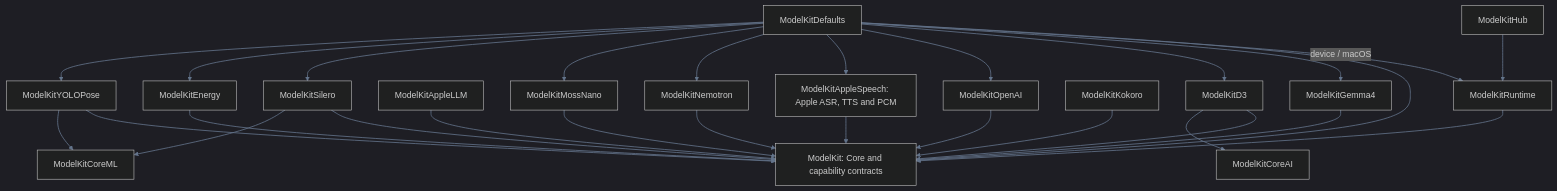
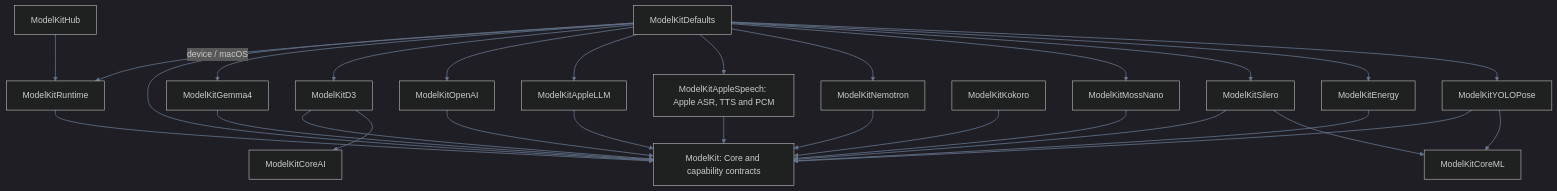
Before and after one commit to devilyouwei/MobileHarness: the third of 3 diagrams in MobileHarness/ModelKit/README.md, drawn with Mermaid (dark theme). The commit also changed other lines of this file and 81 other files, not shown here.

````diff
--- a/MobileHarness/ModelKit/README.md
+++ b/MobileHarness/ModelKit/README.md
@@ -62,48 +62,49 @@
 ```mermaid
 flowchart TD
  ModelKitDefaults[ModelKitDefaults]
  ModelKitRuntime[ModelKitRuntime]
  ModelKitHub[ModelKitHub]
  ModelKit[ModelKit: Core and capability contracts]
  ModelKitCoreAI[ModelKitCoreAI]
  ModelKitD3[ModelKitD3]
  ModelKitCoreML[ModelKitCoreML]
  ModelKitGemma4[ModelKitGemma4]
  ModelKitAppleLLM[ModelKitAppleLLM]
  ModelKitOpenAI[ModelKitOpenAI]
  ModelKitAppleSpeech[ModelKitAppleSpeech: Apple ASR, TTS and PCM]
  ModelKitNemotron[ModelKitNemotron]
  ModelKitMossNano[ModelKitMossNano]
  ModelKitKokoro[ModelKitKokoro]
  ModelKitSilero[ModelKitSilero]
  ModelKitEnergy[ModelKitEnergy]
  ModelKitYOLOPose[ModelKitYOLOPose]
  ModelKitDefaults --> ModelKit
  ModelKitDefaults --> ModelKitRuntime
  ModelKitDefaults -->|device / macOS| ModelKitGemma4
  ModelKitDefaults --> ModelKitD3
  ModelKitDefaults --> ModelKitOpenAI
+ ModelKitDefaults --> ModelKitAppleLLM
  ModelKitDefaults --> ModelKitAppleSpeech
  ModelKitDefaults --> ModelKitNemotron
  ModelKitDefaults --> ModelKitMossNano
  ModelKitDefaults --> ModelKitSilero
  ModelKitDefaults --> ModelKitEnergy
  ModelKitDefaults --> ModelKitYOLOPose
  ModelKitRuntime --> ModelKit
  ModelKitHub --> ModelKitRuntime
  ModelKitGemma4 --> ModelKit
  ModelKitD3 --> ModelKit
  ModelKitD3 --> ModelKitCoreAI
  ModelKitAppleLLM --> ModelKit
  ModelKitOpenAI --> ModelKit
  ModelKitAppleSpeech --> ModelKit
  ModelKitNemotron --> ModelKit
  ModelKitMossNano --> ModelKit
  ModelKitKokoro --> ModelKit
  ModelKitSilero --> ModelKit
  ModelKitSilero --> ModelKitCoreML
  ModelKitEnergy --> ModelKit
  ModelKitYOLOPose --> ModelKit
  ModelKitYOLOPose --> ModelKitCoreML
     linkStyle default stroke:#64748b,stroke-width:1.5px
 ```
````
